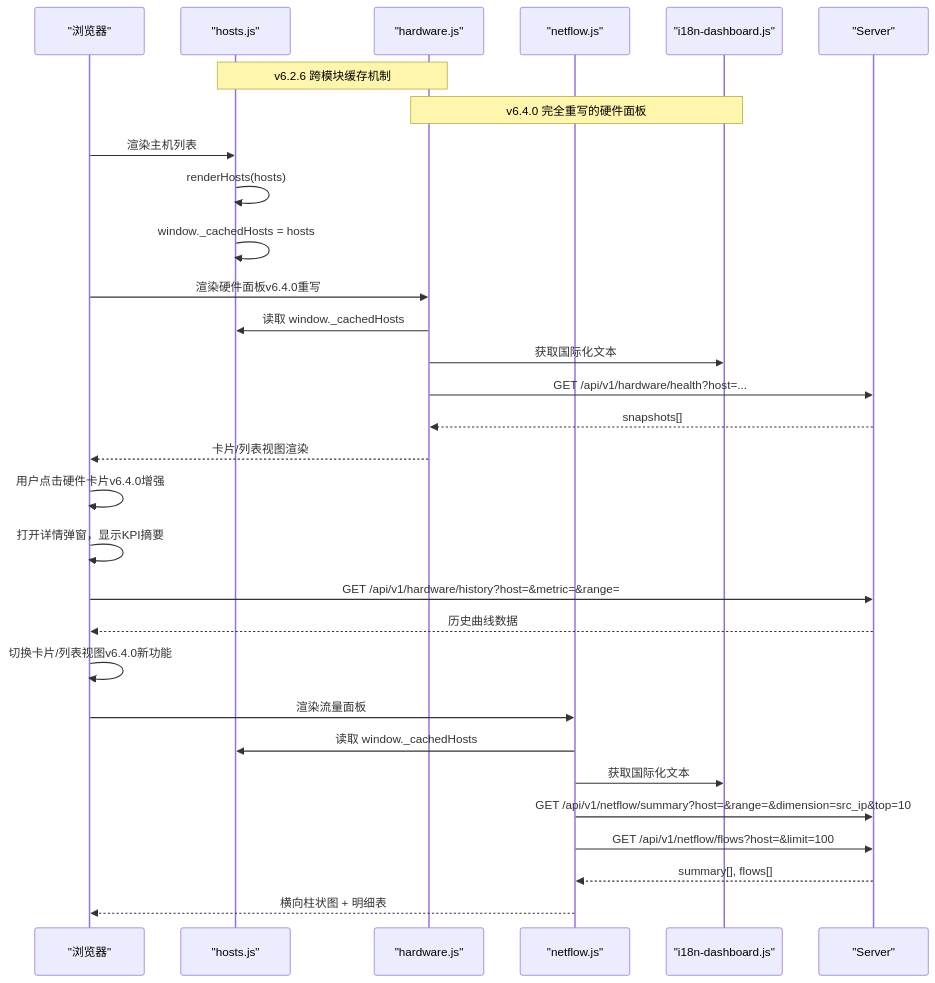
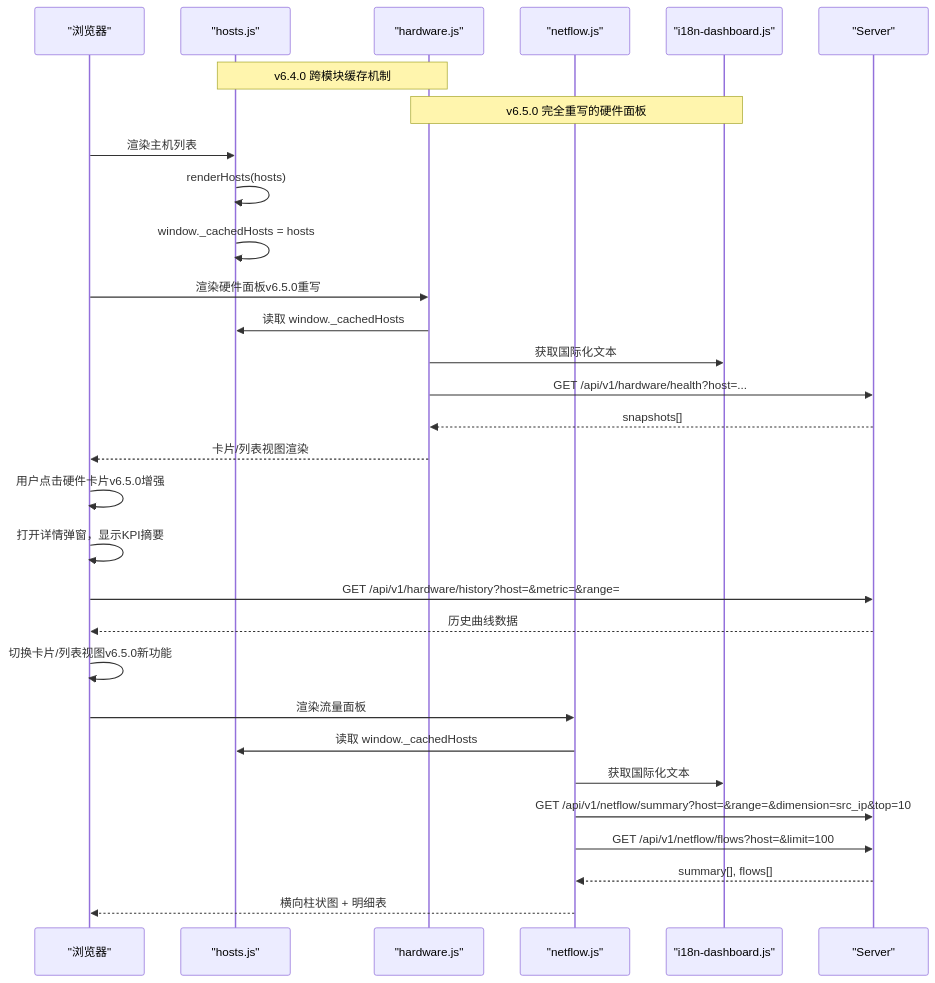
One commit to sreyun/aiops-monitor changed the seventh of 10 diagrams in .qoder/repowiki/zh/content/核心功能/监控系统/硬件监控仪表板.md. Above: the diagram before and after it, drawn with Mermaid. The commit also changed other lines of this file and 38 other files, not shown here.

````diff
--- a/.qoder/repowiki/zh/content/核心功能/监控系统/硬件监控仪表板.md
+++ b/.qoder/repowiki/zh/content/核心功能/监控系统/硬件监控仪表板.md
@@ -398,32 +398,32 @@
 ```mermaid
 sequenceDiagram
 participant UI as "浏览器"
 participant HostsJS as "hosts.js"
 participant HWJS as "hardware.js"
 participant NFJS as "netflow.js"
 participant I18N as "i18n-dashboard.js"
 participant S as "Server"
-Note over HostsJS,HWJS : v6.2.6 跨模块缓存机制
-Note over HWJS,I18N : v6.4.0 完全重写的硬件面板
+Note over HostsJS,HWJS : v6.4.0 跨模块缓存机制
+Note over HWJS,I18N : v6.5.0 完全重写的硬件面板
 UI->>HostsJS : 渲染主机列表
 HostsJS->>HostsJS : renderHosts(hosts)
 HostsJS->>HostsJS : window._cachedHosts = hosts
-UI->>HWJS : 渲染硬件面板v6.4.0重写
+UI->>HWJS : 渲染硬件面板v6.5.0重写
 HWJS->>HostsJS : 读取 window._cachedHosts
 HWJS->>I18N : 获取国际化文本
 HWJS->>S : GET /api/v1/hardware/health?host=...
 S-->>HWJS : snapshots[]
 HWJS-->>UI : 卡片/列表视图渲染
-UI->>UI : 用户点击硬件卡片v6.4.0增强
+UI->>UI : 用户点击硬件卡片v6.5.0增强
 UI->>UI : 打开详情弹窗，显示KPI摘要
 UI->>S : GET /api/v1/hardware/history?host=&metric=&range=
 S-->>UI : 历史曲线数据
-UI->>UI : 切换卡片/列表视图v6.4.0新功能
+UI->>UI : 切换卡片/列表视图v6.5.0新功能
 UI->>NFJS : 渲染流量面板
 NFJS->>HostsJS : 读取 window._cachedHosts
 NFJS->>I18N : 获取国际化文本
 NFJS->>S : GET /api/v1/netflow/summary?host=&range=&dimension=src_ip&top=10
 NFJS->>S : GET /api/v1/netflow/flows?host=&limit=100
 S-->>NFJS : summary[], flows[]
 NFJS-->>UI : 横向柱状图 + 明细表
 ```
````
